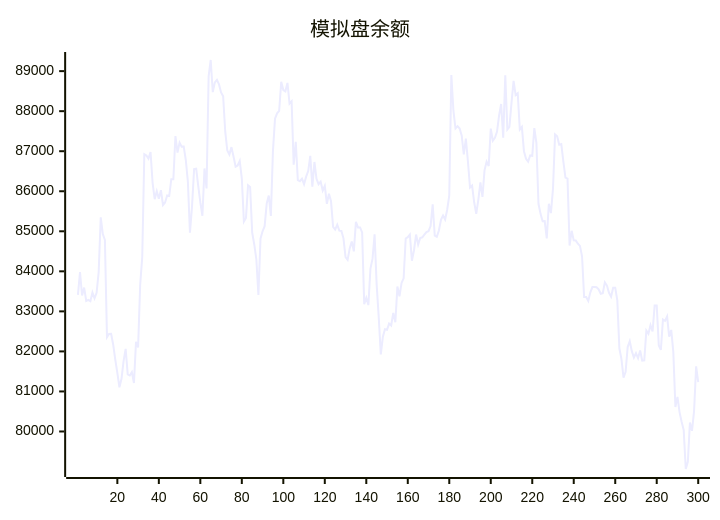
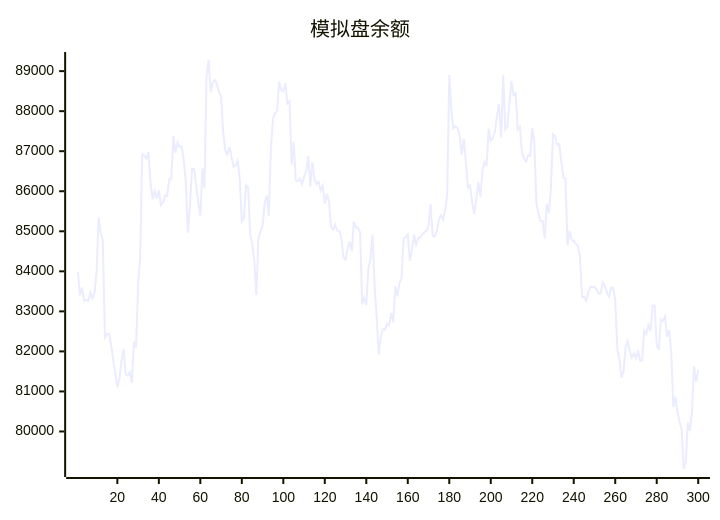
The diagram in README.md (aahl/ai-trading), drawn with Mermaid before and after one commit. The commit also changed other lines of this file and 1 other file, not shown here.

````diff
--- a/README.md
+++ b/README.md
@@ -5,5 +5,5 @@
 ```mermaid
 xychart
     title "模拟盘余额"
-    line [83414,83984,83396,83594,83261,83287,83253,83470,83327,83465,83987,85348,84930,84786,82355,82433,82438,82167,81795,81466,81105,81315,81756,82064,81426,81398,81481,81210,82242,82099,83658,84359,86925,86892,86814,86980,86203,85802,86003,85811,86028,85657,85721,85896,85880,86300,86299,87378,86965,87214,87115,87118,86780,86238,84966,85623,86555,86562,86129,85722,85387,86569,86070,88870,89278,88477,88720,88781,88668,88467,88372,87493,87018,86917,87102,86870,86613,86644,86758,86317,85242,85334,86149,86106,84968,84671,84302,83410,84816,85001,85127,85693,85891,85384,87001,87811,87945,88007,88734,88528,88495,88705,88189,88248,86662,87234,86279,86251,86314,86177,86364,86503,86886,86114,86731,86310,86176,86240,86017,86136,85685,85938,85749,85111,85044,85164,85016,85008,84824,84354,84287,84572,84745,84500,85234,85096,85095,84970,83180,83338,83157,84070,84309,84922,83667,82850,81924,82369,82552,82539,82695,82648,82962,82728,83619,83378,83710,83825,84819,84854,84917,84265,84527,84919,84668,84834,84850,84916,84981,85004,85131,85674,84891,84864,85019,85284,85393,85294,85538,85894,88904,88012,87567,87625,87568,87386,86920,87313,86737,86094,86143,85725,85437,85787,86219,85859,86526,86740,86630,87563,87264,87335,87483,87886,88180,87335,88894,87544,87608,88207,88755,88401,88444,87543,87608,87000,86810,86740,86894,86884,87576,87209,85686,85435,85251,85255,84820,85689,85453,86066,87420,87373,87161,87178,86740,86341,86315,84643,85012,84772,84768,84690,84635,84376,83360,83357,83259,83474,83608,83606,83602,83548,83440,83454,83724,83644,83464,83365,83590,83592,83275,82072,81806,81344,81492,82109,82254,82006,81848,81955,81829,82022,81769,81776,82522,82441,82656,82498,83144,83144,82150,82038,82797,82763,82872,82367,82536,81981,80612,80862,80484,80242,80034,79063,79245,80226,80016,80507,81625,81233]
+    line [83984,83396,83594,83261,83287,83253,83470,83327,83465,83987,85348,84930,84786,82355,82433,82438,82167,81795,81466,81105,81315,81756,82064,81426,81398,81481,81210,82242,82099,83658,84359,86925,86892,86814,86980,86203,85802,86003,85811,86028,85657,85721,85896,85880,86300,86299,87378,86965,87214,87115,87118,86780,86238,84966,85623,86555,86562,86129,85722,85387,86569,86070,88870,89278,88477,88720,88781,88668,88467,88372,87493,87018,86917,87102,86870,86613,86644,86758,86317,85242,85334,86149,86106,84968,84671,84302,83410,84816,85001,85127,85693,85891,85384,87001,87811,87945,88007,88734,88528,88495,88705,88189,88248,86662,87234,86279,86251,86314,86177,86364,86503,86886,86114,86731,86310,86176,86240,86017,86136,85685,85938,85749,85111,85044,85164,85016,85008,84824,84354,84287,84572,84745,84500,85234,85096,85095,84970,83180,83338,83157,84070,84309,84922,83667,82850,81924,82369,82552,82539,82695,82648,82962,82728,83619,83378,83710,83825,84819,84854,84917,84265,84527,84919,84668,84834,84850,84916,84981,85004,85131,85674,84891,84864,85019,85284,85393,85294,85538,85894,88904,88012,87567,87625,87568,87386,86920,87313,86737,86094,86143,85725,85437,85787,86219,85859,86526,86740,86630,87563,87264,87335,87483,87886,88180,87335,88894,87544,87608,88207,88755,88401,88444,87543,87608,87000,86810,86740,86894,86884,87576,87209,85686,85435,85251,85255,84820,85689,85453,86066,87420,87373,87161,87178,86740,86341,86315,84643,85012,84772,84768,84690,84635,84376,83360,83357,83259,83474,83608,83606,83602,83548,83440,83454,83724,83644,83464,83365,83590,83592,83275,82072,81806,81344,81492,82109,82254,82006,81848,81955,81829,82022,81769,81776,82522,82441,82656,82498,83144,83144,82150,82038,82797,82763,82872,82367,82536,81981,80612,80862,80484,80242,80034,79063,79245,80226,80016,80507,81625,81233,81544]
 ```
````
